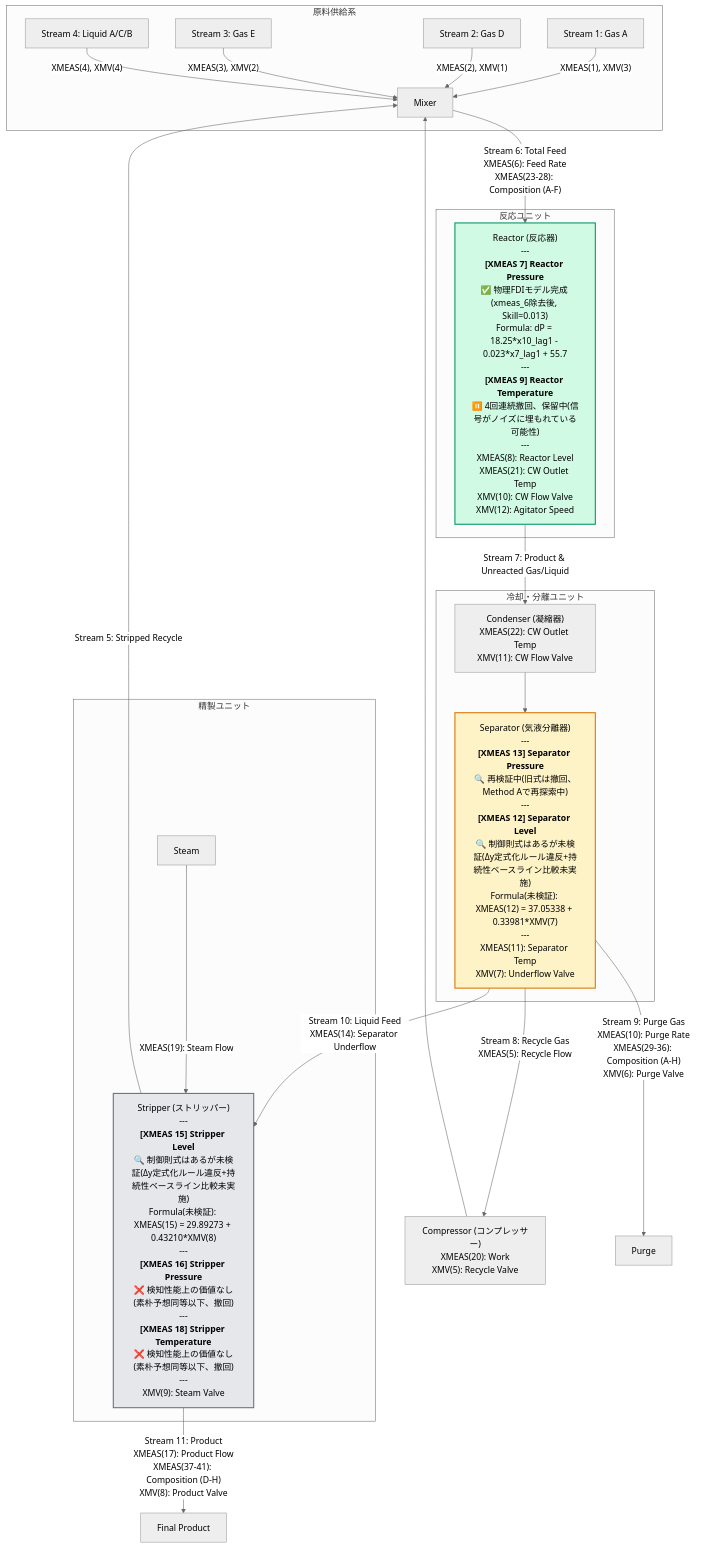
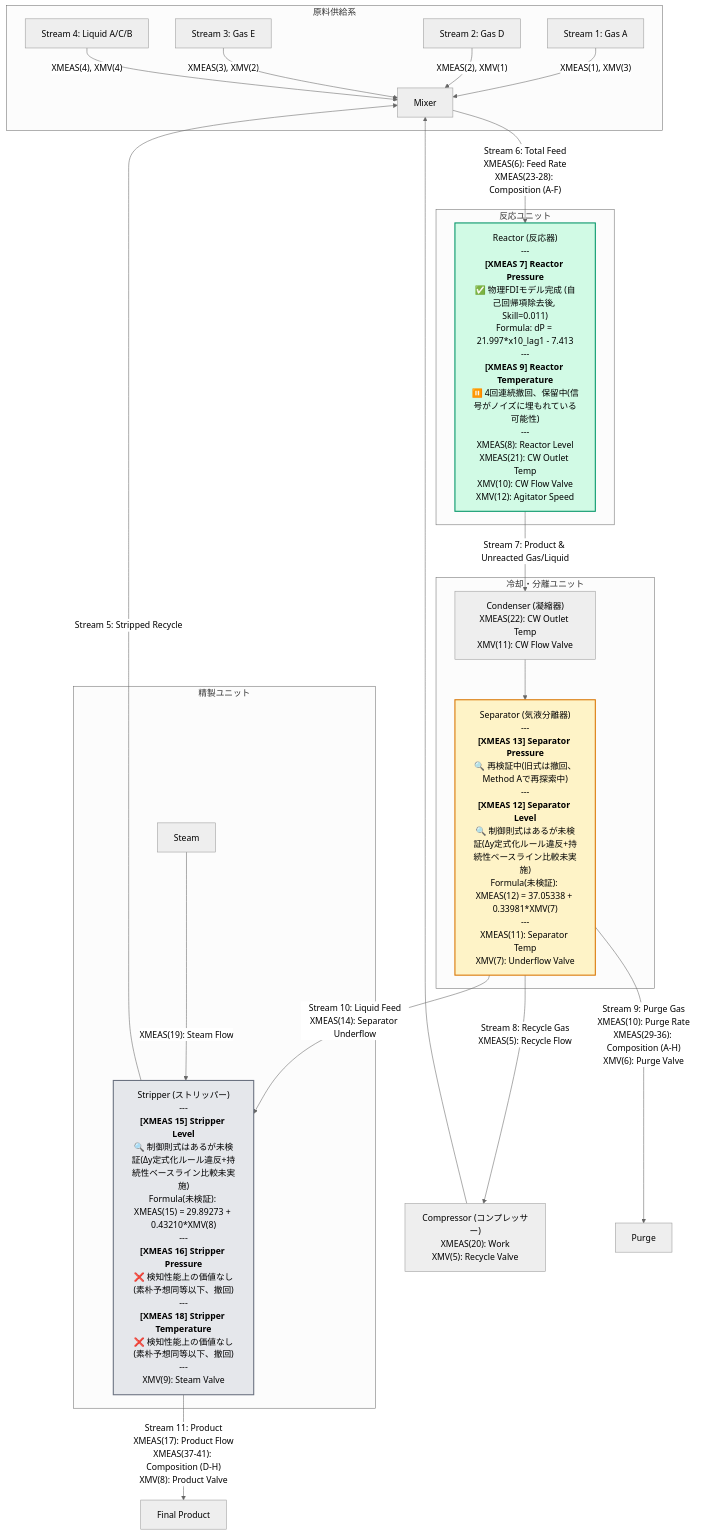
One commit to gotou8810/LLM-GP changed the diagram in TEP_FLOW_DIAGRAM.md. Above: the diagram before and after it, drawn with Mermaid (neutral theme). The commit also changed other lines of this file and 4 other files, not shown here.

````diff
--- a/TEP_FLOW_DIAGRAM.md
+++ b/TEP_FLOW_DIAGRAM.md
@@ -7,44 +7,44 @@
 ```mermaid
 graph TD
     subgraph Feeds [原料供給系]
         S1[Stream 1: Gas A] --> |"XMEAS(1), XMV(3)"| Mixer
         S2[Stream 2: Gas D] --> |"XMEAS(2), XMV(1)"| Mixer
         S3[Stream 3: Gas E] --> |"XMEAS(3), XMV(2)"| Mixer
         S4[Stream 4: Liquid A/C/B] --> |"XMEAS(4), XMV(4)"| Mixer
     end
 
     Mixer --> |"Stream 6: Total Feed<br/>XMEAS(6): Feed Rate<br/>XMEAS(23-28): Composition (A-F)"| Reactor
 
     subgraph ReactorUnit [反応ユニット]
-        Reactor["Reactor (反応器)<br/>---<br/><b>[XMEAS 7] Reactor Pressure</b><br/>✅ 物理FDIモデル完成 (xmeas_6除去後, Skill=0.013)<br/>Formula: dP = 18.25*x10_lag1 - 0.023*x7_lag1 + 55.7<br/>---<br/><b>[XMEAS 9] Reactor Temperature</b><br/>⏸️ 4回連続撤回、保留中(信号がノイズに埋もれている可能性)<br/>---<br/>XMEAS(8): Reactor Level<br/>XMEAS(21): CW Outlet Temp<br/>XMV(10): CW Flow Valve<br/>XMV(12): Agitator Speed"]
+        Reactor["Reactor (反応器)<br/>---<br/><b>[XMEAS 7] Reactor Pressure</b><br/>✅ 物理FDIモデル完成 (自己回帰項除去後, Skill=0.011)<br/>Formula: dP = 21.997*x10_lag1 - 7.413<br/>---<br/><b>[XMEAS 9] Reactor Temperature</b><br/>⏸️ 4回連続撤回、保留中(信号がノイズに埋もれている可能性)<br/>---<br/>XMEAS(8): Reactor Level<br/>XMEAS(21): CW Outlet Temp<br/>XMV(10): CW Flow Valve<br/>XMV(12): Agitator Speed"]
     end
 
     Reactor --> |"Stream 7: Product & Unreacted Gas/Liquid"| Condenser
 
     subgraph CoolingUnit [冷却・分離ユニット]
         Condenser["Condenser (凝縮器)<br/>XMEAS(22): CW Outlet Temp<br/>XMV(11): CW Flow Valve"] --> Separator["Separator (気液分離器)<br/>---<br/><b>[XMEAS 13] Separator Pressure</b><br/>🔍 再検証中(旧式は撤回、Method Aで再探索中)<br/>---<br/><b>[XMEAS 12] Separator Level</b><br/>🔍 制御則式はあるが未検証(Δy定式化ルール違反+持続性ベースライン比較未実施)<br/>Formula(未検証): XMEAS(12) = 37.05338 + 0.33981*XMV(7)<br/>---<br/>XMEAS(11): Separator Temp<br/>XMV(7): Underflow Valve"]
     end
 
     Separator --> |"Stream 8: Recycle Gas<br/>XMEAS(5): Recycle Flow"| Compressor["Compressor (コンプレッサー)<br/>XMEAS(20): Work<br/>XMV(5): Recycle Valve"]
     Compressor --> Mixer
 
     Separator --> |"Stream 9: Purge Gas<br/>XMEAS(10): Purge Rate<br/>XMEAS(29-36): Composition (A-H)<br/>XMV(6): Purge Valve"| Purge[Purge]
 
     Separator --> |"Stream 10: Liquid Feed<br/>XMEAS(14): Separator Underflow"| Stripper
 
     subgraph StrippingUnit [精製ユニット]
         Stripper["Stripper (ストリッパー)<br/>---<br/><b>[XMEAS 15] Stripper Level</b><br/>🔍 制御則式はあるが未検証(Δy定式化ルール違反+持続性ベースライン比較未実施)<br/>Formula(未検証): XMEAS(15) = 29.89273 + 0.43210*XMV(8)<br/>---<br/><b>[XMEAS 16] Stripper Pressure</b><br/>❌ 検知性能上の価値なし(素朴予想同等以下、撤回)<br/>---<br/><b>[XMEAS 18] Stripper Temperature</b><br/>❌ 検知性能上の価値なし(素朴予想同等以下、撤回)<br/>---<br/>XMV(9): Steam Valve"]
         Steam[Steam] --> |"XMEAS(19): Steam Flow"| Stripper
     end
 
     Stripper --> |"Stream 5: Stripped Recycle"| Mixer
     Stripper --> |"Stream 11: Product<br/>XMEAS(17): Product Flow<br/>XMEAS(37-41): Composition (D-H)<br/>XMV(8): Product Valve"| Product[Final Product]
 
     %% ステータスに応じた色分け (実証済み完成=緑、未検証/再検証中=オレンジ、価値なしと判明=グレー)
     %% ReactorはXMEAS(7)実証済み・XMEAS(9)保留中が混在するが、実証済み項目を主として緑表示。
     %% SeparatorはXMEAS(12)/(13)とも未検証・再検証中のためオレンジ。
     %% StripperはXMEAS(16)/(18)が価値なしと判明・XMEAS(15)も未検証のためグレー。
     style Reactor fill:#d1fae5,stroke:#059669,stroke-width:2px
     style Separator fill:#fef3c7,stroke:#d97706,stroke-width:2px
     style Stripper fill:#e5e7eb,stroke:#6b7280,stroke-width:2px
 ```
````
